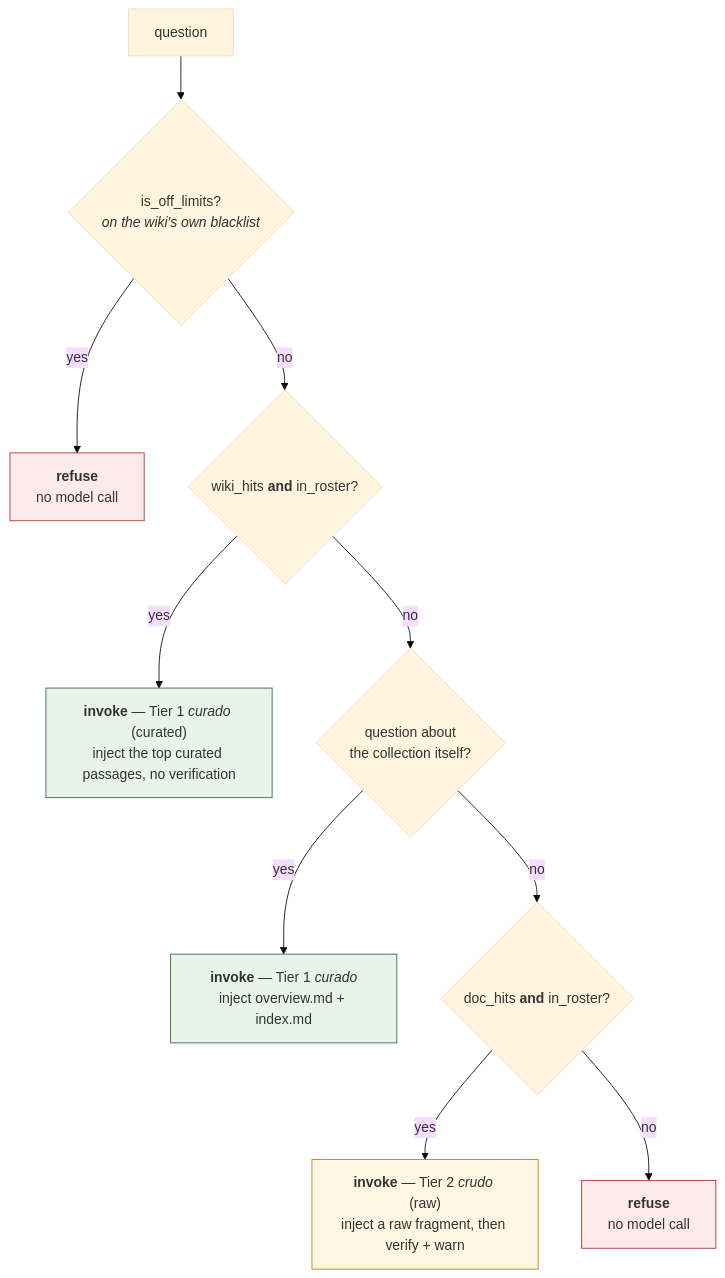
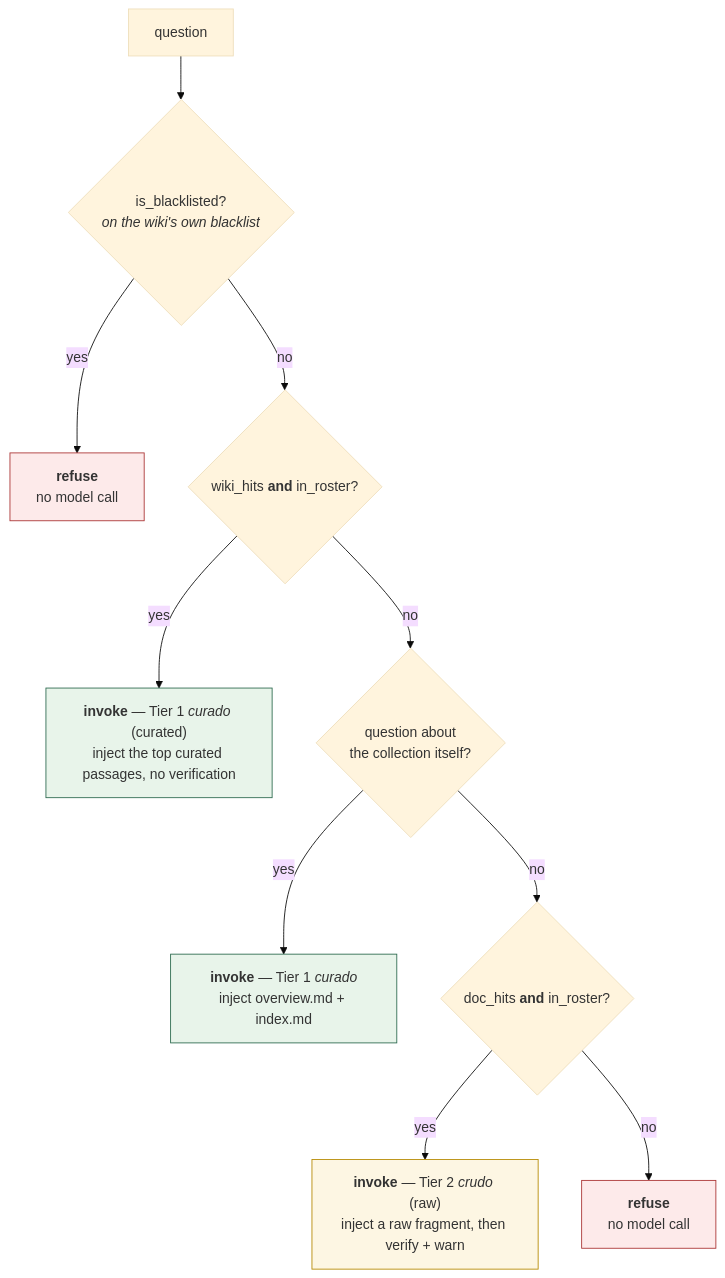
Before and after one commit to Clod/llmwiki-marimo: the second of 4 diagrams in docs/query_walkthrough.md, drawn with Mermaid (base theme). The commit also changed other lines of this file and 92 other files, not shown here.

````diff
--- a/docs/query_walkthrough.md
+++ b/docs/query_walkthrough.md
@@ -749,18 +749,18 @@
 ```mermaid
 flowchart TD
-    Q["question"] --> OFF{"is_off_limits?<br/><i>on the wiki's own blacklist</i>"}
+    Q["question"] --> OFF{"is_blacklisted?<br/><i>on the wiki's own blacklist</i>"}
     OFF -->|yes| R1["<b>refuse</b><br/>no model call"]
     OFF -->|no| T1{"wiki_hits <b>and</b> in_roster?"}
     T1 -->|yes| TIER1["<b>invoke</b> — Tier 1 <i>curado</i> (curated)<br/>inject the top curated passages, no verification"]
     T1 -->|no| COL{"question about<br/>the collection itself?"}
     COL -->|yes| TIERC["<b>invoke</b> — Tier 1 <i>curado</i><br/>inject overview.md + index.md"]
     COL -->|no| T2{"doc_hits <b>and</b> in_roster?"}
     T2 -->|yes| TIER2["<b>invoke</b> — Tier 2 <i>crudo</i> (raw)<br/>inject a raw fragment, then verify + warn"]
     T2 -->|no| R2["<b>refuse</b><br/>no model call"]
 
     style R1 fill:#fdeaea,stroke:#a33
     style R2 fill:#fdeaea,stroke:#a33
     style TIER1 fill:#e8f4ea,stroke:#2d6a4f
     style TIERC fill:#e8f4ea,stroke:#2d6a4f
     style TIER2 fill:#fdf6e3,stroke:#b58900
 ```
````
